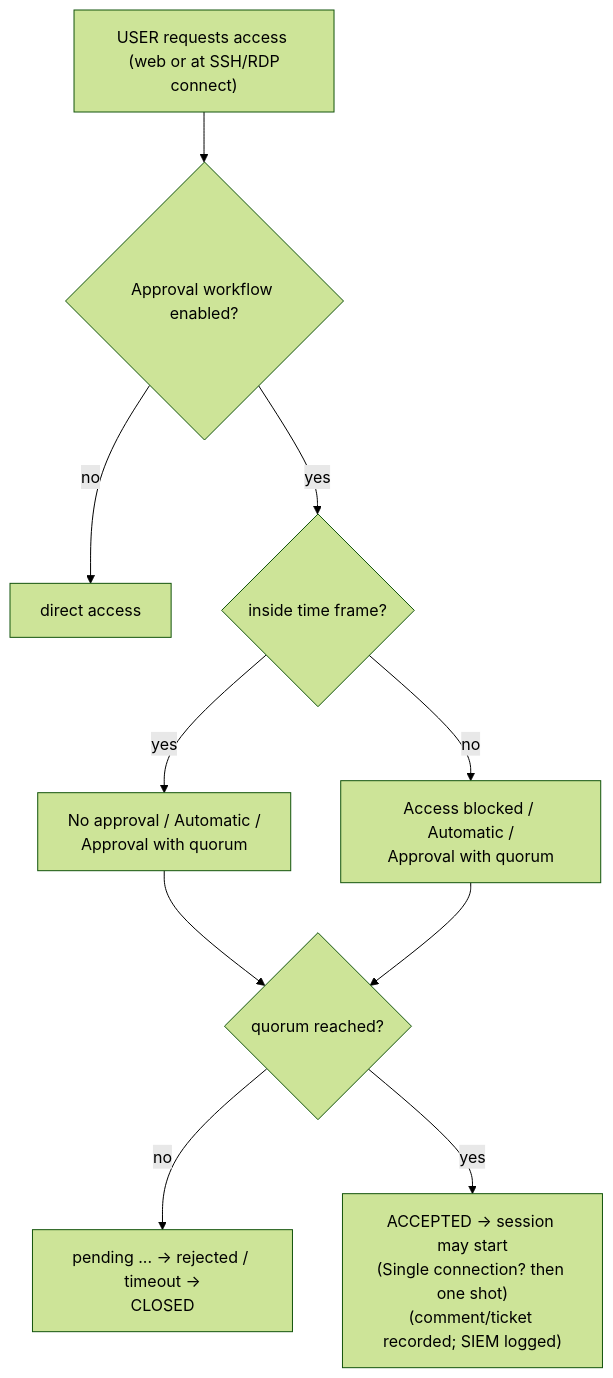
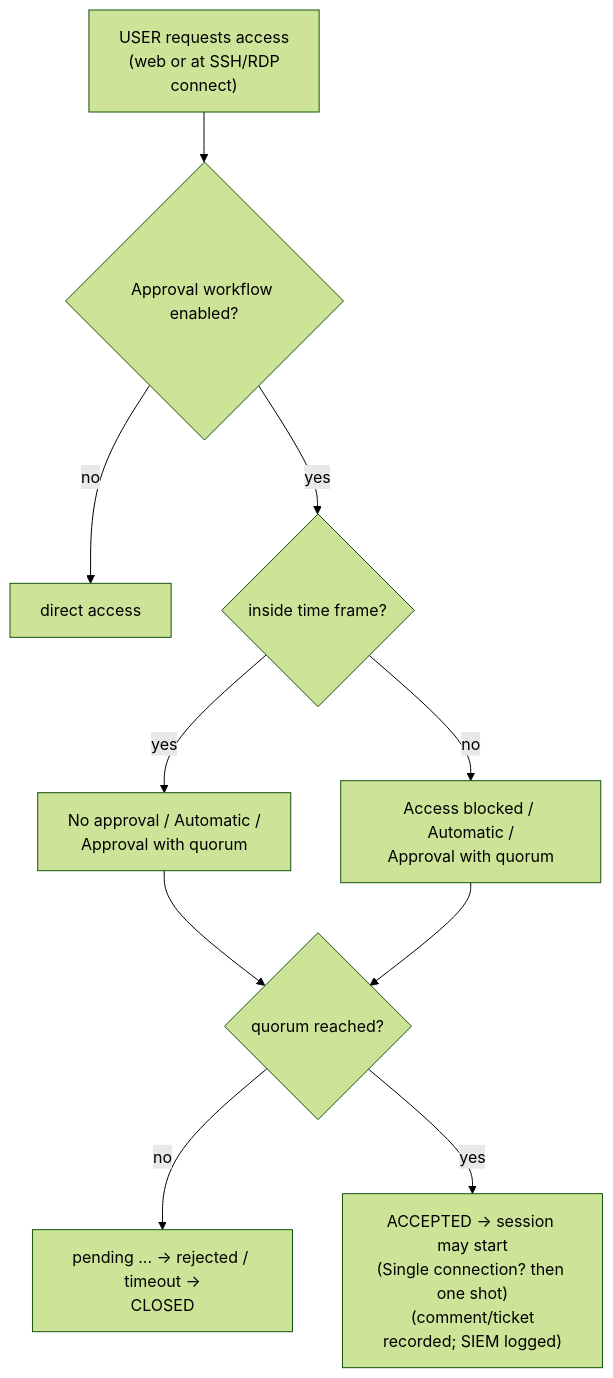
The fourth of 4 diagrams in certs/wallix/deep-dives/session-management.md (morandeirachema/WallixCerts), drawn with Mermaid (forest theme) before and after one commit. The commit also changed other lines of this file and 35 other files, not shown here.

First line of the commit message:
Tidy Mermaid boxes: balanced wrapping at a narrower width (36)

````diff
--- a/certs/wallix/deep-dives/session-management.md
+++ b/certs/wallix/deep-dives/session-management.md
@@ -226,12 +226,12 @@
 ```mermaid
 flowchart TD
-    Req["USER requests access (web or at SSH/RDP<br/>connect)"] --> Enabled{"Approval workflow enabled?"}
+    Req["USER requests access<br/>(web or at SSH/RDP<br/>connect)"] --> Enabled{"Approval workflow enabled?"}
     Enabled -->|"no"| Direct["direct access"]
     Enabled -->|"yes"| Frame{"inside time frame?"}
     Frame -->|"yes"| Inside["No approval / Automatic /<br/>Approval with quorum"]
     Frame -->|"no"| Outside["Access blocked / Automatic /<br/>Approval with quorum"]
     Inside --> Quorum{"quorum reached?"}
     Outside --> Quorum
     Quorum -->|"no"| Pending["pending ... -> rejected / timeout -><br/>CLOSED"]
-    Quorum -->|"yes"| Accepted["ACCEPTED -> session may start<br/>(Single connection? then one shot)<br/>(comment/ticket recorded; SIEM logged)"]
+    Quorum -->|"yes"| Accepted["ACCEPTED -> session may start<br/>(Single connection? then one shot)<br/>(comment/ticket<br/>recorded; SIEM logged)"]
 ```
````
